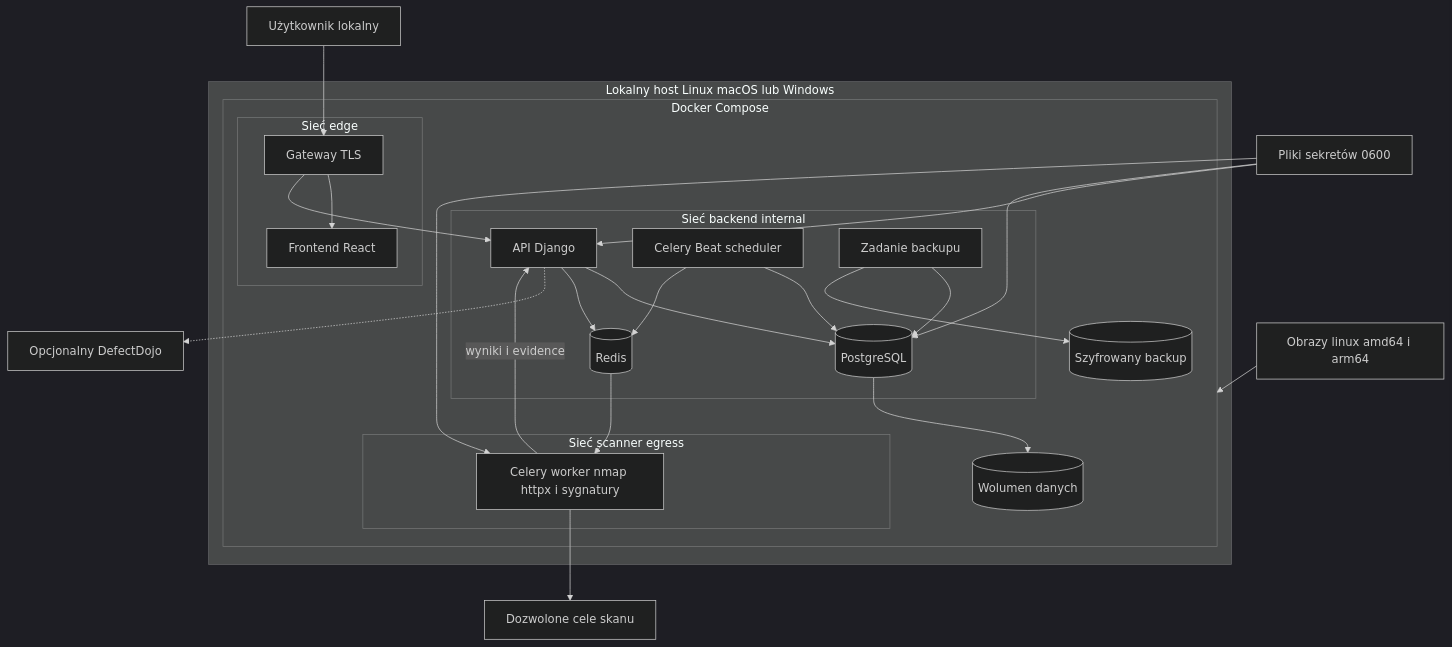
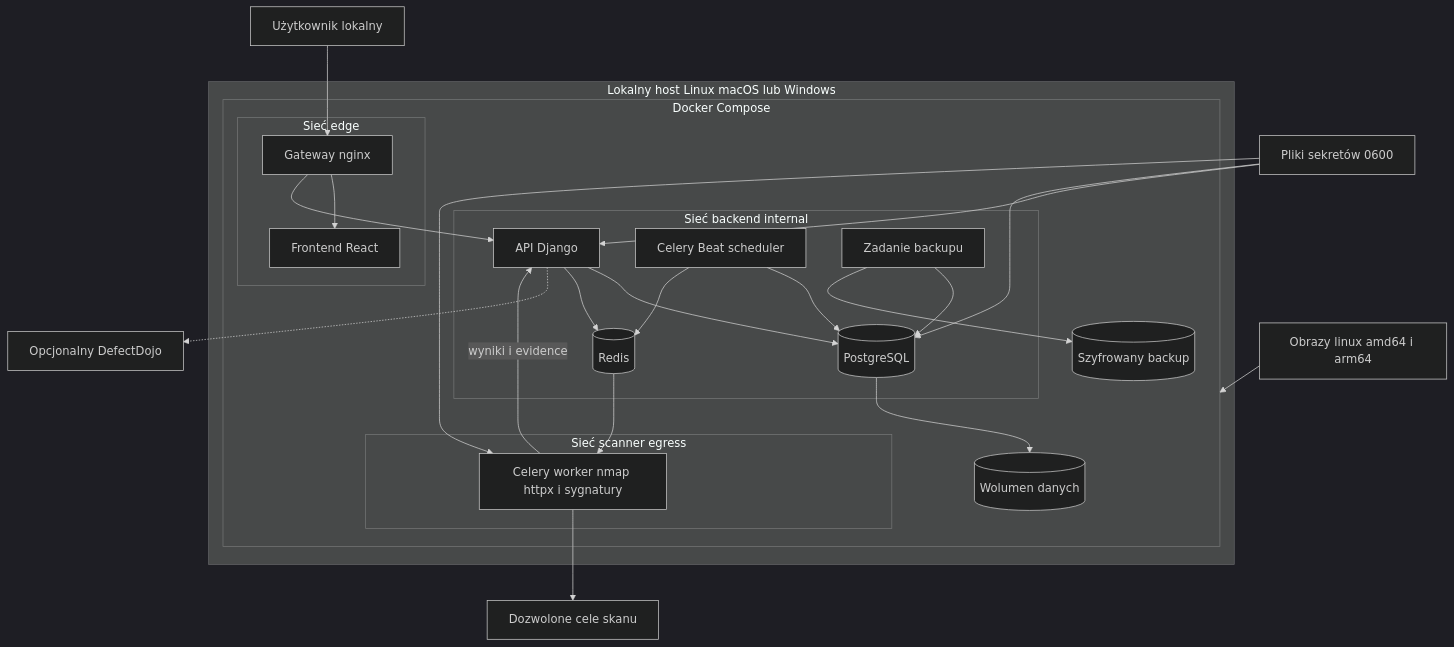
One commit to Maciejbe04/attack-surface-intelligence changed the diagram in docs/architecture.md. Above: the diagram before and after it, drawn with Mermaid (dark theme). The commit also changed other lines of this file and 18 other files, not shown here.

````diff
--- a/docs/architecture.md
+++ b/docs/architecture.md
@@ -9,51 +9,51 @@
 ```mermaid
 flowchart TB
   User[Użytkownik lokalny]
   Targets[Dozwolone cele skanu]
   DefectDojo[Opcjonalny DefectDojo]
   SecretFiles[Pliki sekretów 0600]
   ImageManifest[Obrazy linux amd64 i arm64]
 
   subgraph localHost [Lokalny host Linux macOS lub Windows]
     subgraph composeRuntime [Docker Compose]
       subgraph edgeNet [Sieć edge]
-        Gateway[Gateway TLS]
+        Gateway[Gateway nginx]
         Web[Frontend React]
       end
 
       subgraph backendNet [Sieć backend internal]
         API[API Django]
         Scheduler[Celery Beat scheduler]
         Queue[(Redis)]
         Database[(PostgreSQL)]
         Backup[Zadanie backupu]
       end
 
       subgraph scannerNet [Sieć scanner egress]
         Worker[Celery worker nmap httpx i sygnatury]
       end
 
       DatabaseVolume[(Wolumen danych)]
       BackupVolume[(Szyfrowany backup)]
     end
   end
 
   User --> Gateway
   Gateway --> Web
   Gateway --> API
   API --> Database
   API --> Queue
   Scheduler --> Database
   Scheduler --> Queue
   Queue --> Worker
   Worker --> Targets
   Worker -->|"wyniki i evidence"| API
   Database --> DatabaseVolume
   Backup --> Database
   Backup --> BackupVolume
   API -.-> DefectDojo
   SecretFiles --> API
   SecretFiles --> Database
   SecretFiles --> Worker
   ImageManifest --> composeRuntime
 ```
````
